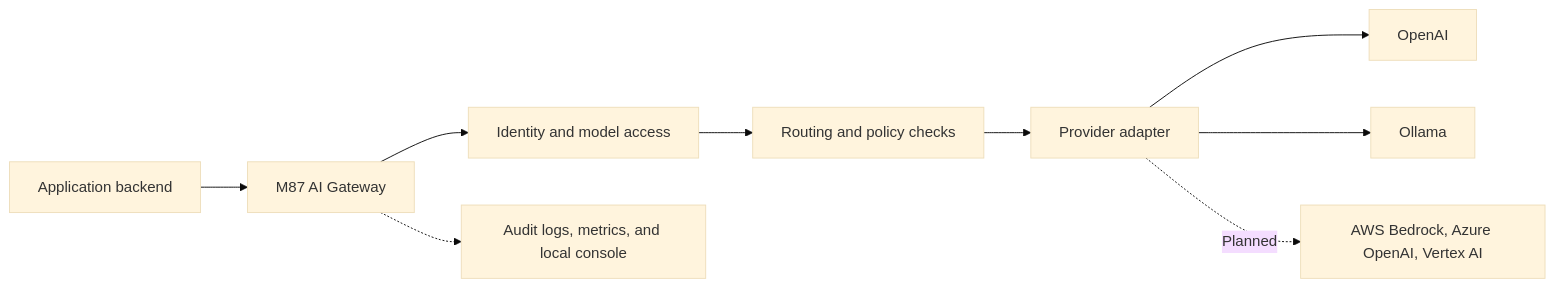
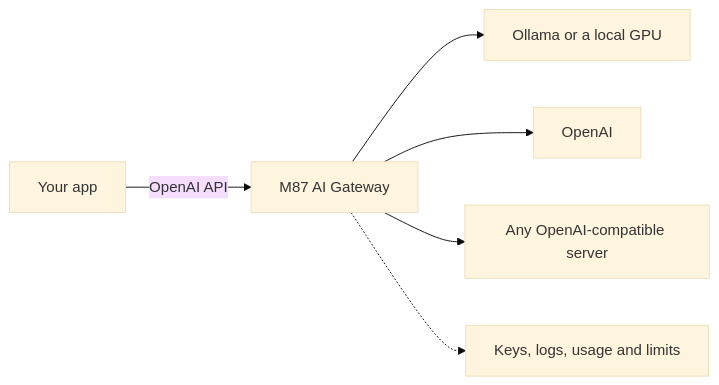
One commit to m87techlabs/m87-ai-gateway changed the diagram in README.md. Above: the diagram before and after it, drawn with Mermaid (base theme). The commit also changed other lines of this file and 53 other files, not shown here.

First line of the commit message:
feat: make the gateway a drop-in OpenAI-compatible proxy

````diff
--- a/README.md
+++ b/README.md
@@ -15,11 +6,8 @@
 ```mermaid
 flowchart LR
-    App[Application backend] --> Gateway[M87 AI Gateway]
-    Gateway --> Auth[Identity and model access]
-    Auth --> Policy[Routing and policy checks]
-    Policy --> Adapter[Provider adapter]
-    Adapter --> OpenAI[OpenAI]
-    Adapter --> Ollama[Ollama]
-    Adapter -. Planned .-> Cloud[AWS Bedrock, Azure OpenAI, Vertex AI]
-    Gateway -.-> Logs[Audit logs, metrics, and local console]
+    App[Your app] -->|OpenAI API| Gateway[M87 AI Gateway]
+    Gateway --> Ollama[Ollama or a local GPU]
+    Gateway --> OpenAI[OpenAI]
+    Gateway --> Compatible[Any OpenAI-compatible server]
+    Gateway -.-> Console[Keys, logs, usage and limits]
 ```
````
